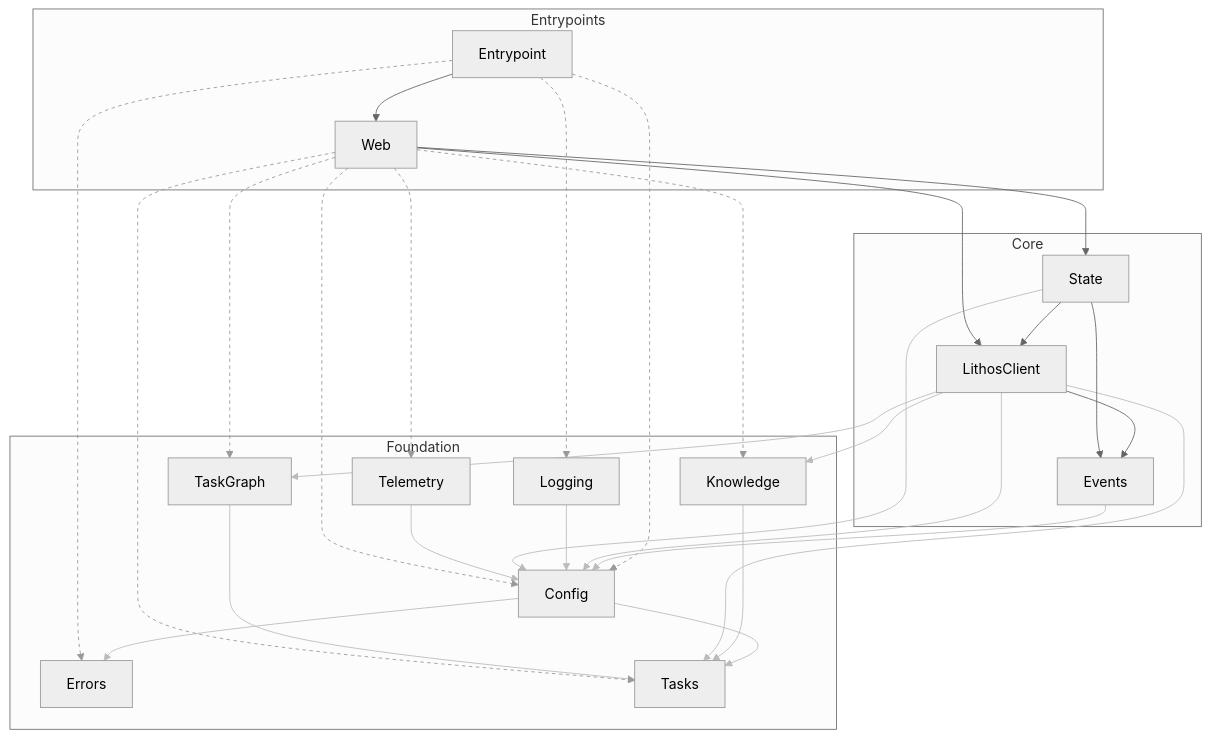
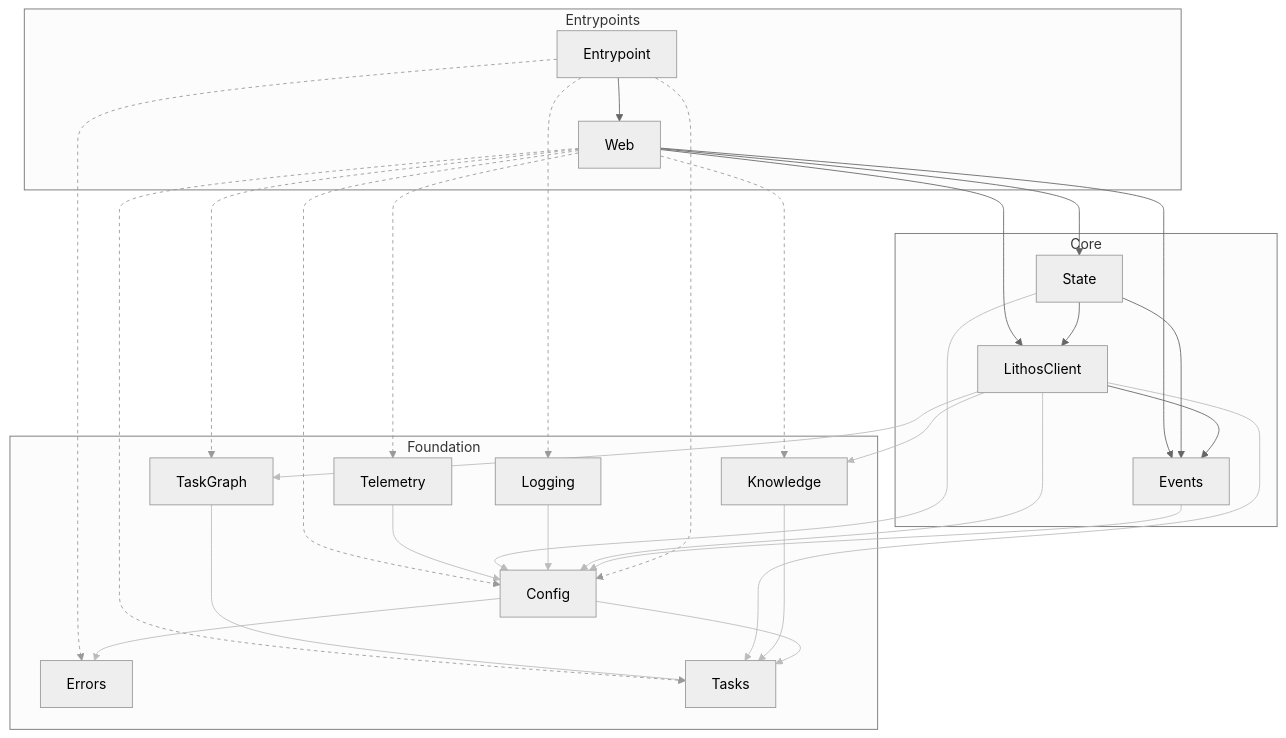
The diagram in docs/generated/architecture.md (agent-lore/lithos-lens), drawn with Mermaid (neutral theme) before and after one commit. The commit also changed 23 other files, not shown here.

````diff
--- a/docs/generated/architecture.md
+++ b/docs/generated/architecture.md
@@ -6,79 +6,80 @@
 ```mermaid
 graph TD
   subgraph tier_Entrypoints["Entrypoints"]
     Entrypoint
     Web
   end
   subgraph tier_Core["Core"]
     Events
     LithosClient
     State
   end
   subgraph tier_Foundation["Foundation"]
     Config
     Errors
     Knowledge
     Logging
     TaskGraph
     Tasks
     Telemetry
   end
   click Config "components/Config.md"
   click Entrypoint "components/Entrypoint.md"
   click Errors "components/Errors.md"
   click Events "components/Events.md"
   click Knowledge "components/Knowledge.md"
   click LithosClient "components/LithosClient.md"
   click Logging "components/Logging.md"
   click State "components/State.md"
   click TaskGraph "components/TaskGraph.md"
   click Tasks "components/Tasks.md"
   click Telemetry "components/Telemetry.md"
   click Web "components/Web.md"
   Config --> Errors
   Config --> Tasks
   Entrypoint --> Config
   Entrypoint --> Errors
   Entrypoint --> Logging
   Entrypoint --> Web
   Events --> Config
   Knowledge --> Tasks
   LithosClient --> Config
   LithosClient --> Events
   LithosClient --> Knowledge
   LithosClient --> TaskGraph
   LithosClient --> Tasks
   Logging --> Config
   State --> Config
   State --> Events
   State --> LithosClient
   TaskGraph --> Tasks
   Telemetry --> Config
   Web --> Config
+  Web --> Events
   Web --> Knowledge
   Web --> LithosClient
   Web --> State
   Web --> TaskGraph
   Web --> Tasks
   Web --> Telemetry
   linkStyle 0 stroke:#bbb
   linkStyle 1 stroke:#bbb
   linkStyle 2 stroke:#999,stroke-dasharray:4
   linkStyle 3 stroke:#999,stroke-dasharray:4
   linkStyle 4 stroke:#999,stroke-dasharray:4
   linkStyle 6 stroke:#bbb
   linkStyle 7 stroke:#bbb
   linkStyle 8 stroke:#bbb
   linkStyle 10 stroke:#bbb
   linkStyle 11 stroke:#bbb
   linkStyle 12 stroke:#bbb
   linkStyle 13 stroke:#bbb
   linkStyle 14 stroke:#bbb
   linkStyle 17 stroke:#bbb
   linkStyle 18 stroke:#bbb
   linkStyle 19 stroke:#999,stroke-dasharray:4
-  linkStyle 20 stroke:#999,stroke-dasharray:4
-  linkStyle 23 stroke:#999,stroke-dasharray:4
+  linkStyle 21 stroke:#999,stroke-dasharray:4
   linkStyle 24 stroke:#999,stroke-dasharray:4
   linkStyle 25 stroke:#999,stroke-dasharray:4
+  linkStyle 26 stroke:#999,stroke-dasharray:4
 ```
````
